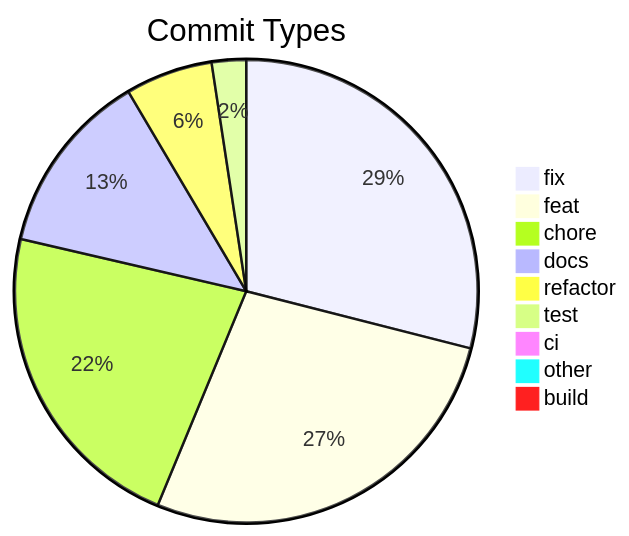
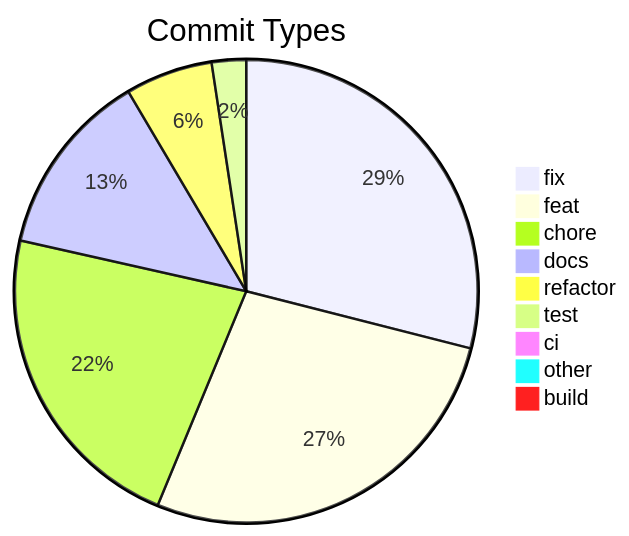
One commit to svenroth-ai/shipwright changed the diagram in .shipwright/compliance/change-history.md. Above: the diagram before and after it, drawn with Mermaid. The commit also changed other lines of this file and 14 other files, not shown here.

````diff
--- a/.shipwright/compliance/change-history.md
+++ b/.shipwright/compliance/change-history.md
@@ -8,12 +8,12 @@
 ```mermaid
 pie title Commit Types
     "fix" : 290
     "feat" : 273
-    "chore" : 224
-    "docs" : 129
+    "chore" : 223
+    "docs" : 130
     "refactor" : 61
     "test" : 24
     "ci" : 7
     "other" : 7
     "build" : 1
 ```
````
